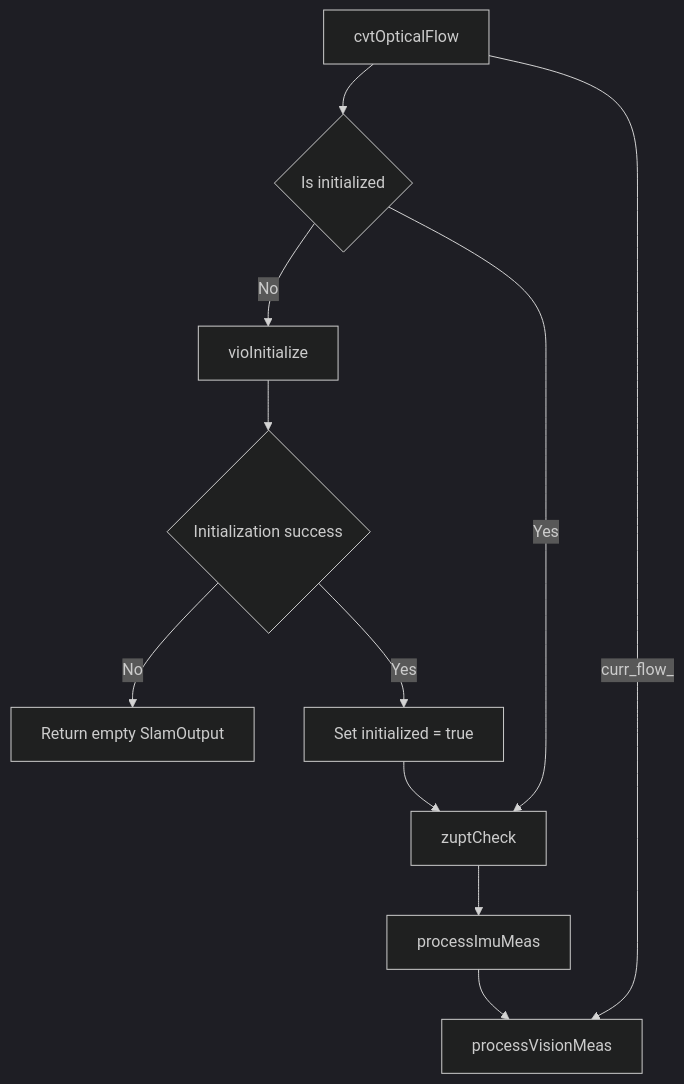
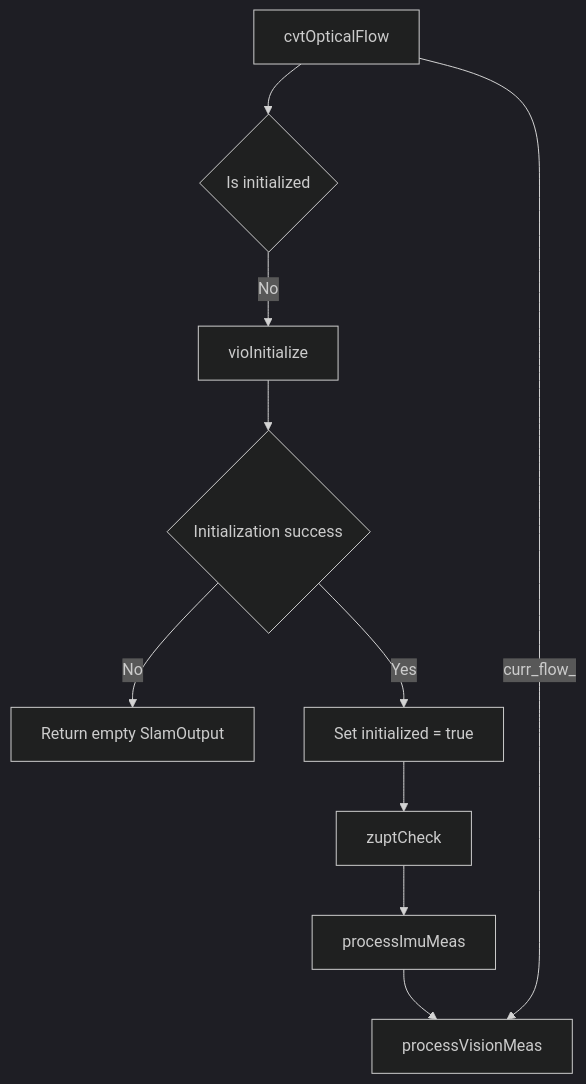
Before and after one commit to huzixuan1/iodraw-files: the diagram in all/未命名-4.md, drawn with Mermaid (dark theme).

Commit message:
2025-04-24 18:05:58 update

````diff
--- a/all/未命名-4.md
+++ b/all/未命名-4.md
@@ -1,17 +1,17 @@
 ```mermaid
 graph TD
     B[cvtOpticalFlow]
     B --> C{Is initialized}
 
     C -- No --> D[vioInitialize]
     D --> E{Initialization success}
     E -- No --> F[Return empty SlamOutput]
     E -- Yes --> G[Set initialized = true]
 
-    C -- Yes --> H[zuptCheck]
+    H[zuptCheck]
 
     G --> H
     H --> I[processImuMeas]
     I --> J[processVisionMeas]
     B --curr_flow_--> J
 ```
````
